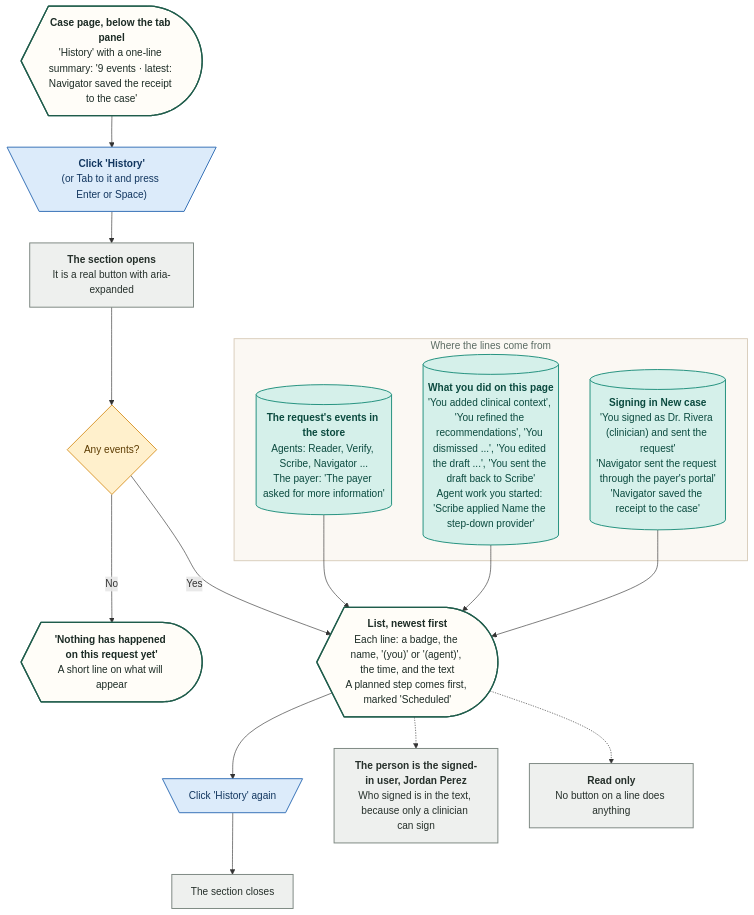
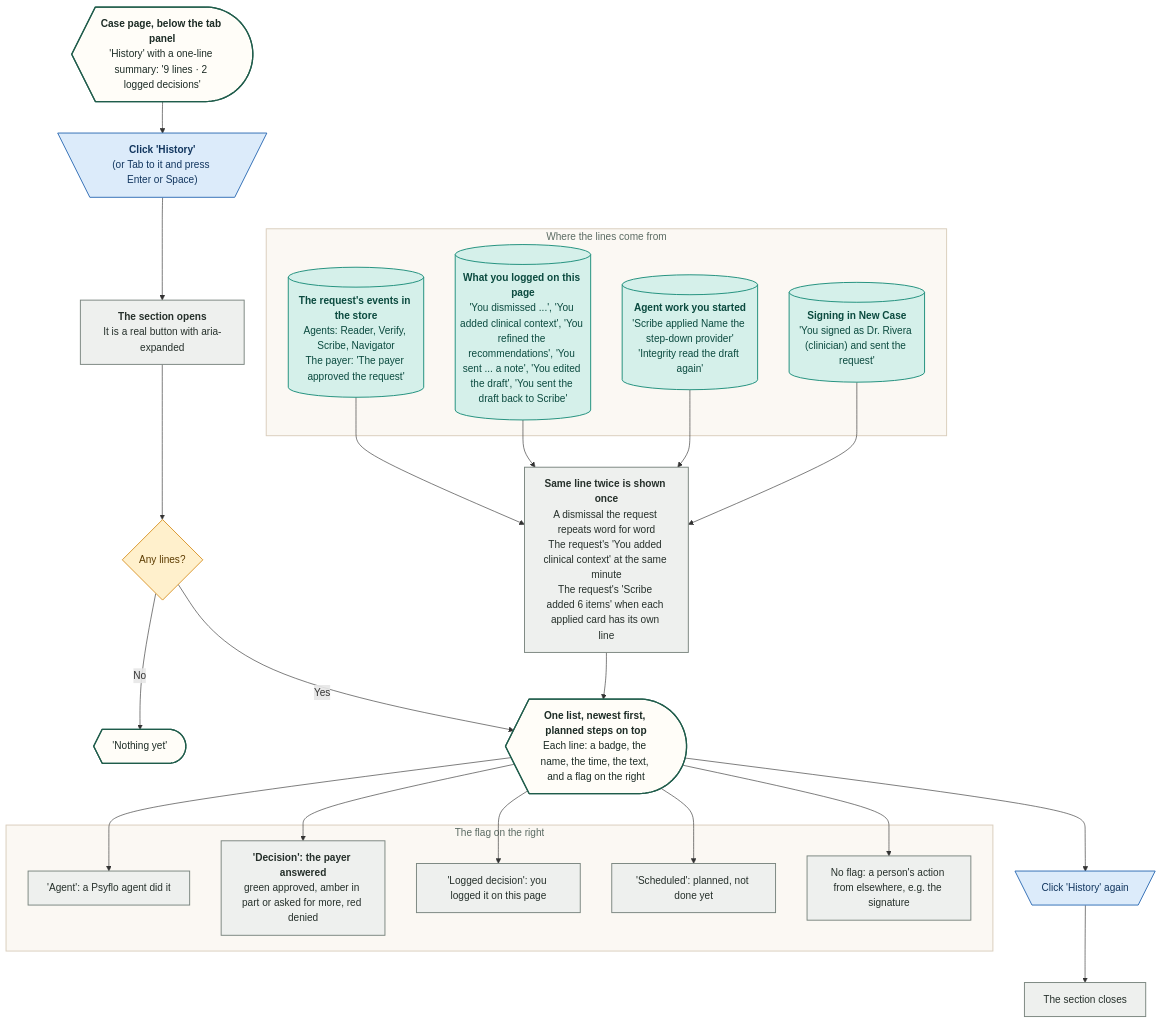
One commit to Shrav143/psyfloapp changed the diagram in demos/prior-auth-demo/workflows/out/mmd/03-authorizations/28-case-history.mmd. Above: the diagram before and after it, drawn with Mermaid. The commit also changed 202 other files, not shown here.

First line of the commit message:
docs: round 6 README, CONVENTIONS, spec section 17, diagram module blurbs and 336 rebuilt diagrams

```diff
--- a/demos/prior-auth-demo/workflows/out/mmd/03-authorizations/28-case-history.mmd
+++ b/demos/prior-auth-demo/workflows/out/mmd/03-authorizations/28-case-history.mmd
@@ -1,48 +1,57 @@
 %%{init: {"theme":"base","themeVariables":{"fontFamily":"'DM Sans', 'Segoe UI', system-ui, sans-serif","fontSize":"15px","lineColor":"#5B6B63","primaryTextColor":"#1C2B25","clusterBkg":"#FBF8F3","clusterBorder":"#D9CDBB","edgeLabelBackground":"#FFFFFF"},"flowchart":{"curve":"basis","nodeSpacing":36,"rankSpacing":48,"padding":12,"htmlLabels":true,"useMaxWidth":false,"wrappingWidth":230}} }%%
 flowchart TD
   classDef k_start fill:#1F5C4B,stroke:#174638,color:#FFFFFF,stroke-width:1.5px,font-weight:600
   classDef k_end fill:#DDEFE3,stroke:#2E7D4F,color:#14502F,stroke-width:1.5px,font-weight:600
   classDef k_endx fill:#FBE3E0,stroke:#C0392B,color:#7A1F16,stroke-width:1.5px,font-weight:600
   classDef k_screen fill:#FFFDF8,stroke:#1F5C4B,color:#1C2B25,stroke-width:2px
   classDef k_overlay fill:#F1F7F3,stroke:#1F5C4B,color:#1C2B25,stroke-width:2px,stroke-dasharray:5 3
   classDef k_click fill:#DCEBFA,stroke:#2F6DB5,color:#12365F,stroke-width:1.5px
   classDef k_input fill:#E4E7FF,stroke:#4C5FD5,color:#1D2670,stroke-width:1.5px
   classDef k_process fill:#EEF0EE,stroke:#7A857F,color:#26302B,stroke-width:1.5px
   classDef k_agent fill:#EEE5FA,stroke:#7A4FC2,color:#341A63,stroke-width:1.5px
   classDef k_decision fill:#FFF0CC,stroke:#D9962B,color:#5C3B00,stroke-width:1.5px
   classDef k_store fill:#D5F0EA,stroke:#1C8E7B,color:#0B4A3F,stroke-width:1.5px
   classDef k_doc fill:#F6E9DC,stroke:#B07A4C,color:#4A2E14,stroke-width:1.5px
   classDef k_ext fill:#FFE6D2,stroke:#E07B39,color:#6B2F06,stroke-width:1.5px
   classDef k_wait fill:#E4E8EE,stroke:#6B7C93,color:#26303D,stroke-width:1.5px
   classDef k_toast fill:#FFF9DB,stroke:#C9A400,color:#5A4A00,stroke-width:1.5px
   classDef k_goto fill:#FFFFFF,stroke:#1F5C4B,color:#1F5C4B,stroke-width:1.5px,stroke-dasharray:5 3
-  pg@{ shape: curv-trap, label: "<b>Case page, below the tab panel</b><br/>'History' with a one-line summary: '9 events · latest: Navigator saved the receipt to the case'" }
+  pg@{ shape: curv-trap, label: "<b>Case page, below the tab panel</b><br/>'History' with a one-line summary: '9 lines · 2 logged decisions'" }
   h1@{ shape: trap-t, label: "<b>Click 'History'</b><br/>(or Tab to it and press Enter or Space)" }
   o1@{ shape: rect, label: "<b>The section opens</b><br/>It is a real button with aria-expanded" }
-  d1@{ shape: diam, label: "Any events?" }
-  e0@{ shape: curv-trap, label: "<b>'Nothing has happened on this request yet'</b><br/>A short line on what will appear" }
-  li@{ shape: curv-trap, label: "<b>List, newest first</b><br/>Each line: a badge, the name, '(you)' or '(agent)', the time, and the text<br/>A planned step comes first, marked 'Scheduled'" }
+  d1@{ shape: diam, label: "Any lines?" }
+  e0@{ shape: curv-trap, label: "'Nothing yet'" }
+  li@{ shape: curv-trap, label: "<b>One list, newest first, planned steps on top</b><br/>Each line: a badge, the name, the time, the text, and a flag on the right" }
   h2@{ shape: trap-t, label: "Click 'History' again" }
   c1@{ shape: rect, label: "The section closes" }
   subgraph gS ["Where the lines come from"]
-  s1@{ shape: cyl, label: "<b>The request's events in the store</b><br/>Agents: Reader, Verify, Scribe, Navigator ...<br/>The payer: 'The payer asked for more information'" }
-  s2@{ shape: cyl, label: "<b>What you did on this page</b><br/>'You added clinical context', 'You refined the recommendations', 'You dismissed ...', 'You edited the draft ...', 'You sent the draft back to Scribe'<br/>Agent work you started: 'Scribe applied Name the step-down provider'" }
-  s3@{ shape: cyl, label: "<b>Signing in New case</b><br/>'You signed as Dr. Rivera (clinician) and sent the request'<br/>'Navigator sent the request through the payer's portal'<br/>'Navigator saved the receipt to the case'" }
+  s1@{ shape: cyl, label: "<b>The request's events in the store</b><br/>Agents: Reader, Verify, Scribe, Navigator<br/>The payer: 'The payer approved the request'" }
+  s2@{ shape: cyl, label: "<b>What you logged on this page</b><br/>'You dismissed ...', 'You added clinical context', 'You refined the recommendations', 'You sent ... a note', 'You edited the draft', 'You sent the draft back to Scribe'" }
+  s3@{ shape: cyl, label: "<b>Agent work you started</b><br/>'Scribe applied Name the step-down provider'<br/>'Integrity read the draft again'" }
+  s4@{ shape: cyl, label: "<b>Signing in New Case</b><br/>'You signed as Dr. Rivera (clinician) and sent the request'" }
   end
-  dd@{ shape: rect, label: "<b>The person is the signed-in user, Jordan Perez</b><br/>Who signed is in the text, because only a clinician can sign" }
-  rd@{ shape: rect, label: "<b>Read only</b><br/>No button on a line does anything" }
+  dup@{ shape: rect, label: "<b>Same line twice is shown once</b><br/>A dismissal the request repeats word for word<br/>The request's 'You added clinical context' at the same minute<br/>The request's 'Scribe added 6 items' when each applied card has its own line" }
+  subgraph gF ["The flag on the right"]
+  f1@{ shape: rect, label: "'Agent': a Psyflo agent did it" }
+  f2@{ shape: rect, label: "<b>'Decision': the payer answered</b><br/>green approved, amber in part or asked for more, red denied" }
+  f3@{ shape: rect, label: "'Logged decision': you logged it on this page" }
+  f4@{ shape: rect, label: "'Scheduled': planned, not done yet" }
+  f5@{ shape: rect, label: "No flag: a person's action from elsewhere, e.g. the signature" }
+  end
   pg --> h1 --> o1 --> d1
   d1 -->|"No"| e0
   d1 -->|"Yes"| li
   li --> h2 --> c1
-  s1 --> li
-  s2 --> li
-  s3 --> li
-  li -.-> dd
-  li -.-> rd
+  s1 --> dup
+  s2 --> dup
+  s3 --> dup
+  s4 --> dup
+  dup --> li
+  li --> f1 & f2 & f3 & f4 & f5
   class pg,e0,li k_screen
   class h1,h2 k_click
-  class o1,c1,dd,rd k_process
+  class o1,c1,dup,f1,f2,f3,f4,f5 k_process
   class d1 k_decision
-  class s1,s2,s3 k_store
+  class s1,s2,s3,s4 k_store
   style gS fill:#FBF8F3,stroke:#D9CDBB,stroke-width:1.5px,color:#5B6B63
+  style gF fill:#FBF8F3,stroke:#D9CDBB,stroke-width:1.5px,color:#5B6B63
```
